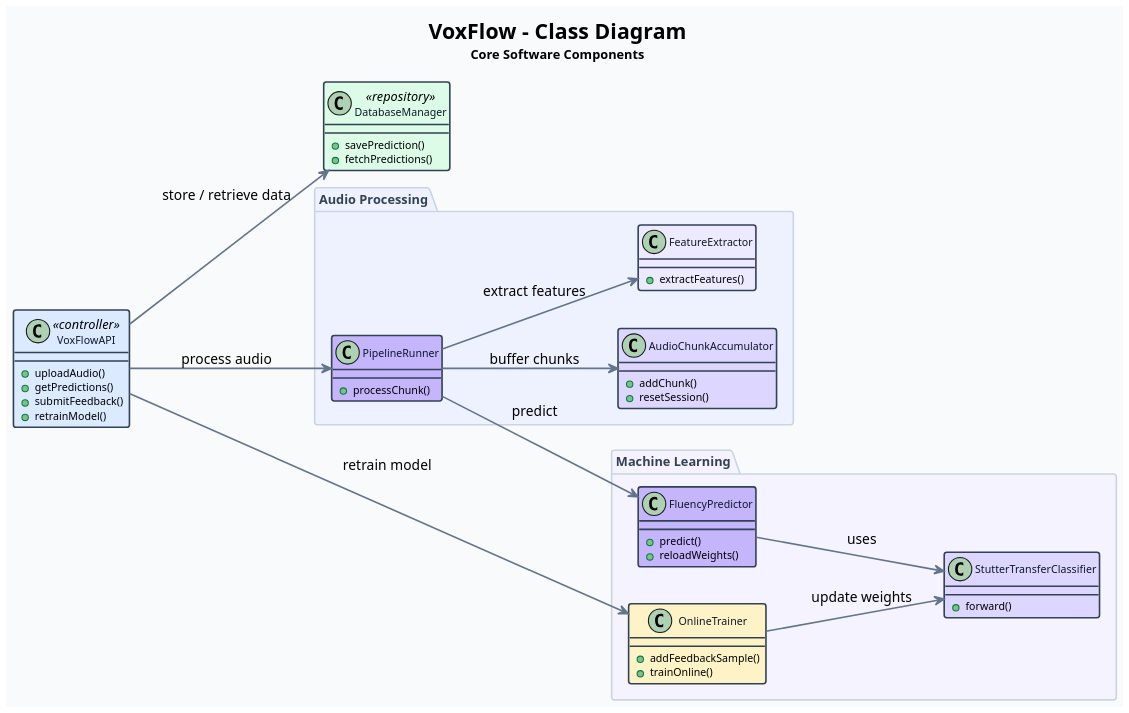
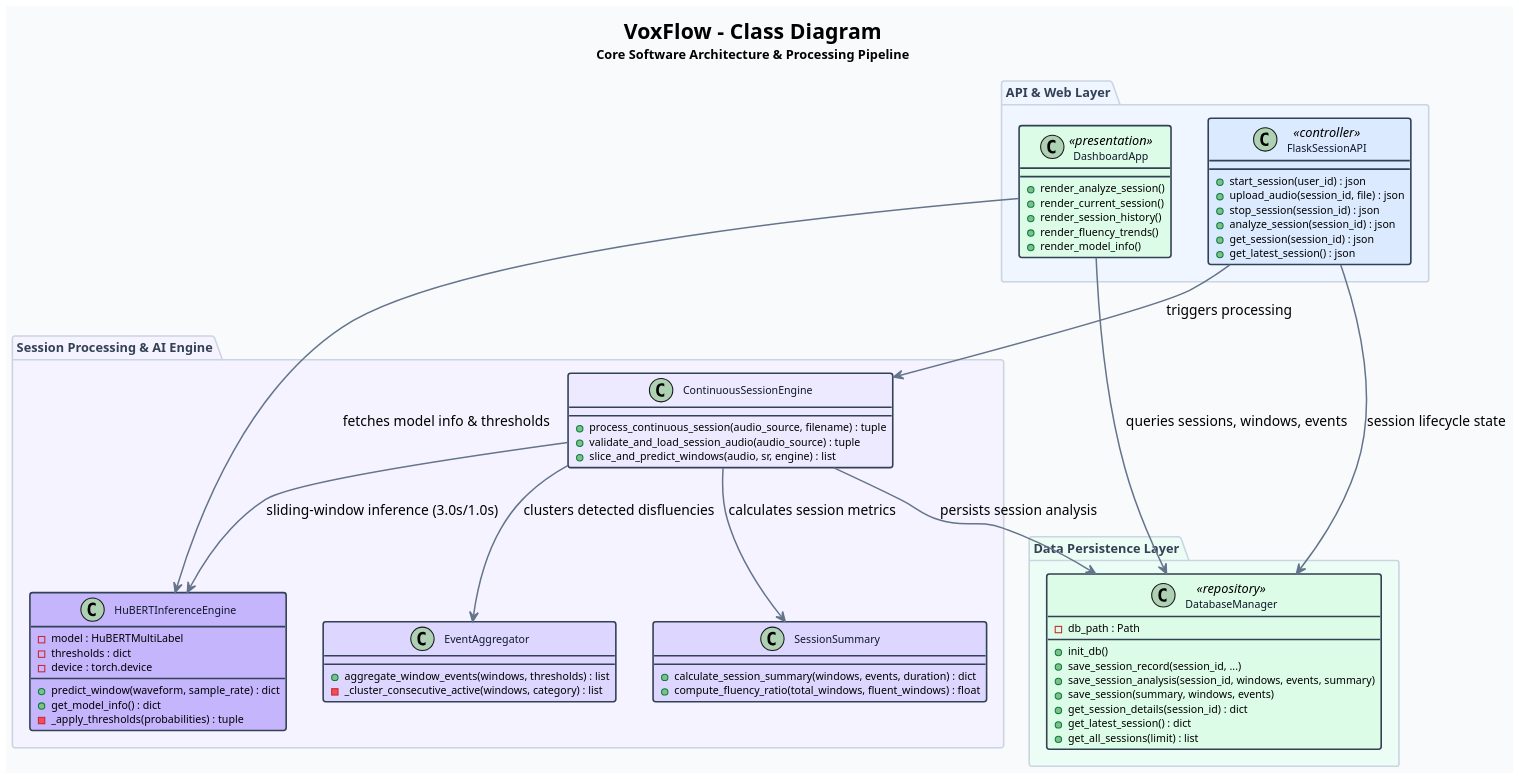
One commit to PetaSivaNandhanReddy/voxflow changed the diagram in VoxFlow_uml/VoxFlow_uml/uml/02_class.puml. Above: the diagram before and after it, drawn with PlantUML. The commit also changed 31 other files, not shown here.

Commit message:
docs: align uml architecture with final voxflow system

```diff
--- a/VoxFlow_uml/VoxFlow_uml/uml/02_class.puml
+++ b/VoxFlow_uml/VoxFlow_uml/uml/02_class.puml
@@ -1,111 +1,119 @@
 @startuml
-title <size:20><b>VoxFlow - Class Diagram</b></size>\n<size:12>Core Software Components</size>
-
-left to right direction
+title <size:20><b>VoxFlow - Class Diagram</b></size>\n<size:12>Core Software Architecture & Processing Pipeline</size>
 
 skinparam backgroundColor #F8FAFC
 skinparam shadowing false
 skinparam dpi 170
 
 skinparam class {
     BackgroundColor #FFFFFF
     BorderColor #334155
     BorderThickness 1.5
     FontColor #0F172A
     FontSize 11
     AttributeFontSize 10
     MethodFontSize 10
     ArrowColor #64748B
 }
 
-skinparam ArrowThickness 1.5
+skinparam ArrowThickness 1.4
 
 skinparam package {
     BackgroundColor #F8FAFC
     BorderColor #CBD5E1
     BorderThickness 1.5
     FontColor #334155
     FontSize 12
     FontStyle bold
 }
 
 ' =========================================================
-' API
+' API & CONTROLLER LAYER
 ' =========================================================
 
-class "VoxFlowAPI" as API <<controller>> #DBEAFE {
-    + uploadAudio()
-    + getPredictions()
-    + submitFeedback()
-    + retrainModel()
-}
+package "API & Web Layer" #EFF6FF {
 
-' =========================================================
-' AUDIO PROCESSING
-' =========================================================
-
-package "Audio Processing" #EEF2FF {
-
-    class "PipelineRunner" as Pipeline #C4B5FD {
-        + processChunk()
+    class "FlaskSessionAPI" as API <<controller>> #DBEAFE {
+        + start_session(user_id) : json
+        + upload_audio(session_id, file) : json
+        + stop_session(session_id) : json
+        + analyze_session(session_id) : json
+        + get_session(session_id) : json
+        + get_latest_session() : json
     }
 
-    class "AudioChunkAccumulator" as Buffer #DDD6FE {
-        + addChunk()
-        + resetSession()
-    }
-
-    class "FeatureExtractor" as Features #EDE9FE {
-        + extractFeatures()
+    class "DashboardApp" as UI <<presentation>> #DCFCE7 {
+        + render_analyze_session()
+        + render_current_session()
+        + render_session_history()
+        + render_fluency_trends()
+        + render_model_info()
     }
 }
 
 ' =========================================================
-' MACHINE LEARNING
+' PROCESSING & INFERENCE LAYER
 ' =========================================================
 
-package "Machine Learning" #F5F3FF {
+package "Session Processing & AI Engine" #F5F3FF {
 
-    class "FluencyPredictor" as Predictor #C4B5FD {
-        + predict()
-        + reloadWeights()
+    class "ContinuousSessionEngine" as Engine #EDE9FE {
+        + process_continuous_session(audio_source, filename) : tuple
+        + validate_and_load_session_audio(audio_source) : tuple
+        + slice_and_predict_windows(audio, sr, engine) : list
     }
 
-    class "StutterTransferClassifier" as Model #DDD6FE {
-        + forward()
+    class "HuBERTInferenceEngine" as Model #C4B5FD {
+        - model : HuBERTMultiLabel
+        - thresholds : dict
+        - device : torch.device
+        + predict_window(waveform, sample_rate) : dict
+        + get_model_info() : dict
+        - _apply_thresholds(probabilities) : tuple
     }
 
-    class "OnlineTrainer" as Trainer #FEF3C7 {
-        + addFeedbackSample()
-        + trainOnline()
+    class "EventAggregator" as Aggregator #DDD6FE {
+        + aggregate_window_events(windows, thresholds) : list
+        - _cluster_consecutive_active(windows, category) : list
+    }
+
+    class "SessionSummary" as Summary #DDD6FE {
+        + calculate_session_summary(windows, events, duration) : dict
+        + compute_fluency_ratio(total_windows, fluent_windows) : float
     }
 }
 
 ' =========================================================
-' DATA
+' DATA PERSISTENCE LAYER
 ' =========================================================
 
-class "DatabaseManager" as DB <<repository>> #DCFCE7 {
-    + savePrediction()
-    + fetchPredictions()
+package "Data Persistence Layer" #ECFDF5 {
+
+    class "DatabaseManager" as DB <<repository>> #DCFCE7 {
+        - db_path : Path
+        + init_db()
+        + save_session_record(session_id, ...)
+        + save_session_analysis(session_id, windows, events, summary)
+        + save_session(summary, windows, events)
+        + get_session_details(session_id) : dict
+        + get_latest_session() : dict
+        + get_all_sessions(limit) : list
+    }
 }
 
 ' =========================================================
 ' RELATIONSHIPS
 ' =========================================================
 
-API --> Pipeline : process audio
+API --> Engine : triggers processing
+Engine --> Model : sliding-window inference (3.0s/1.0s)
+Engine --> Aggregator : clusters detected disfluencies
+Engine --> Summary : calculates session metrics
+Engine --> DB : persists session analysis
 
-Pipeline --> Buffer : buffer chunks
-Pipeline --> Features : extract features
-Pipeline --> Predictor : predict
+API --> DB : session lifecycle state
 
-Predictor --> Model : uses
-
-API --> DB : store / retrieve data
-
-API --> Trainer : retrain model
-
-Trainer --> Model : update weights
+UI --> DB : queries sessions, windows, events
+UI --> Model : fetches model info & thresholds
 
 @enduml
```
